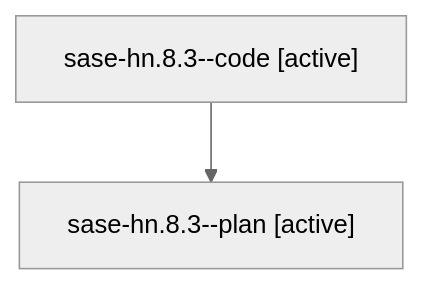
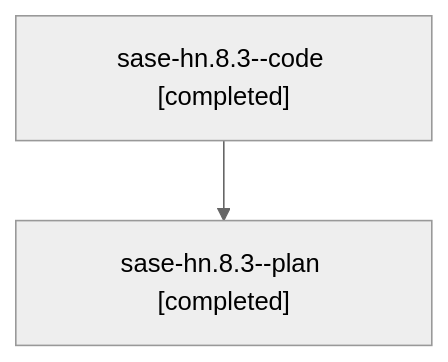
Before and after one commit to sase-org/sase--agents: the diagram in families/bbugyi200.athena.sase-hn.8.3.md, drawn with Mermaid (neutral theme). The commit also changed other lines of this file and 34 other files, not shown here.

````diff
--- a/families/bbugyi200.athena.sase-hn.8.3.md
+++ b/families/bbugyi200.athena.sase-hn.8.3.md
@@ -9,6 +9,6 @@
 ```mermaid
 flowchart TD
-  n0["sase-hn.8.3--code [active]"]
-  n1["sase-hn.8.3--plan [active]"]
+  n0["sase-hn.8.3--code [completed]"]
+  n1["sase-hn.8.3--plan [completed]"]
   n0 --> n1
 ```
````
